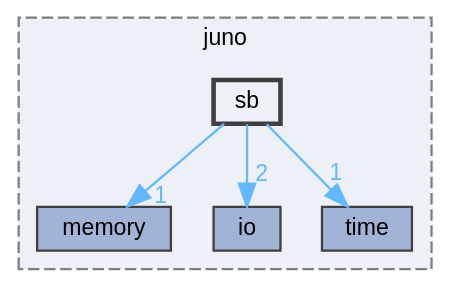
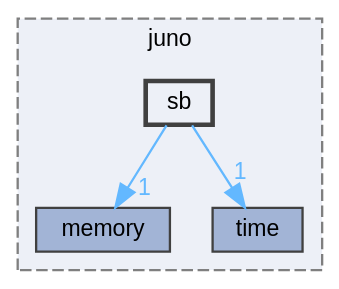
One commit to robinonsay/libjuno changed the diagram in dir_a9edbd5fb0b74fbe5ba0514afbd43adb_dep.dot. Above: the diagram before and after it, drawn with Graphviz. The commit also changed 175 other files, not shown here.

```diff
--- a/dir_a9edbd5fb0b74fbe5ba0514afbd43adb_dep.dot
+++ b/dir_a9edbd5fb0b74fbe5ba0514afbd43adb_dep.dot
@@ -1,18 +1,16 @@
 digraph "/home/runner/work/libjuno/libjuno/include/juno/sb"
 {
  // LATEX_PDF_SIZE
   bgcolor="transparent";
   edge [fontname=Helvetica,fontsize=10,labelfontname=Helvetica,labelfontsize=10];
   node [fontname=Helvetica,fontsize=10,shape=box,height=0.2,width=0.4];
   compound=true
   subgraph clusterdir_366da5caa8e7ec3e54d94764b6f022bc {
     graph [ bgcolor="#edf0f7", pencolor="grey50", label="juno", fontname=Helvetica,fontsize=10 style="filled,dashed", URL="dir_366da5caa8e7ec3e54d94764b6f022bc.html",tooltip=""]
   dir_0ab7105f8cccca84cc3ec63bc4b5970d [label="memory", fillcolor="#a2b4d6", color="grey25", style="filled", URL="dir_0ab7105f8cccca84cc3ec63bc4b5970d.html",tooltip=""];
-  dir_2214acb517c776811661c93fb7ef90d4 [label="io", fillcolor="#a2b4d6", color="grey25", style="filled", URL="dir_2214acb517c776811661c93fb7ef90d4.html",tooltip=""];
   dir_f7826cb483c41652a57f47c29e86de5a [label="time", fillcolor="#a2b4d6", color="grey25", style="filled", URL="dir_f7826cb483c41652a57f47c29e86de5a.html",tooltip=""];
   dir_a9edbd5fb0b74fbe5ba0514afbd43adb [label="sb", fillcolor="#edf0f7", color="grey25", style="filled,bold", URL="dir_a9edbd5fb0b74fbe5ba0514afbd43adb.html",tooltip=""];
   }
   dir_a9edbd5fb0b74fbe5ba0514afbd43adb->dir_0ab7105f8cccca84cc3ec63bc4b5970d [headlabel="1", labeldistance=1.5 headhref="dir_000010_000009.html" href="dir_000010_000009.html" color="steelblue1" fontcolor="steelblue1"];
-  dir_a9edbd5fb0b74fbe5ba0514afbd43adb->dir_2214acb517c776811661c93fb7ef90d4 [headlabel="2", labeldistance=1.5 headhref="dir_000010_000005.html" href="dir_000010_000005.html" color="steelblue1" fontcolor="steelblue1"];
   dir_a9edbd5fb0b74fbe5ba0514afbd43adb->dir_f7826cb483c41652a57f47c29e86de5a [headlabel="1", labeldistance=1.5 headhref="dir_000010_000013.html" href="dir_000010_000013.html" color="steelblue1" fontcolor="steelblue1"];
 }
```
